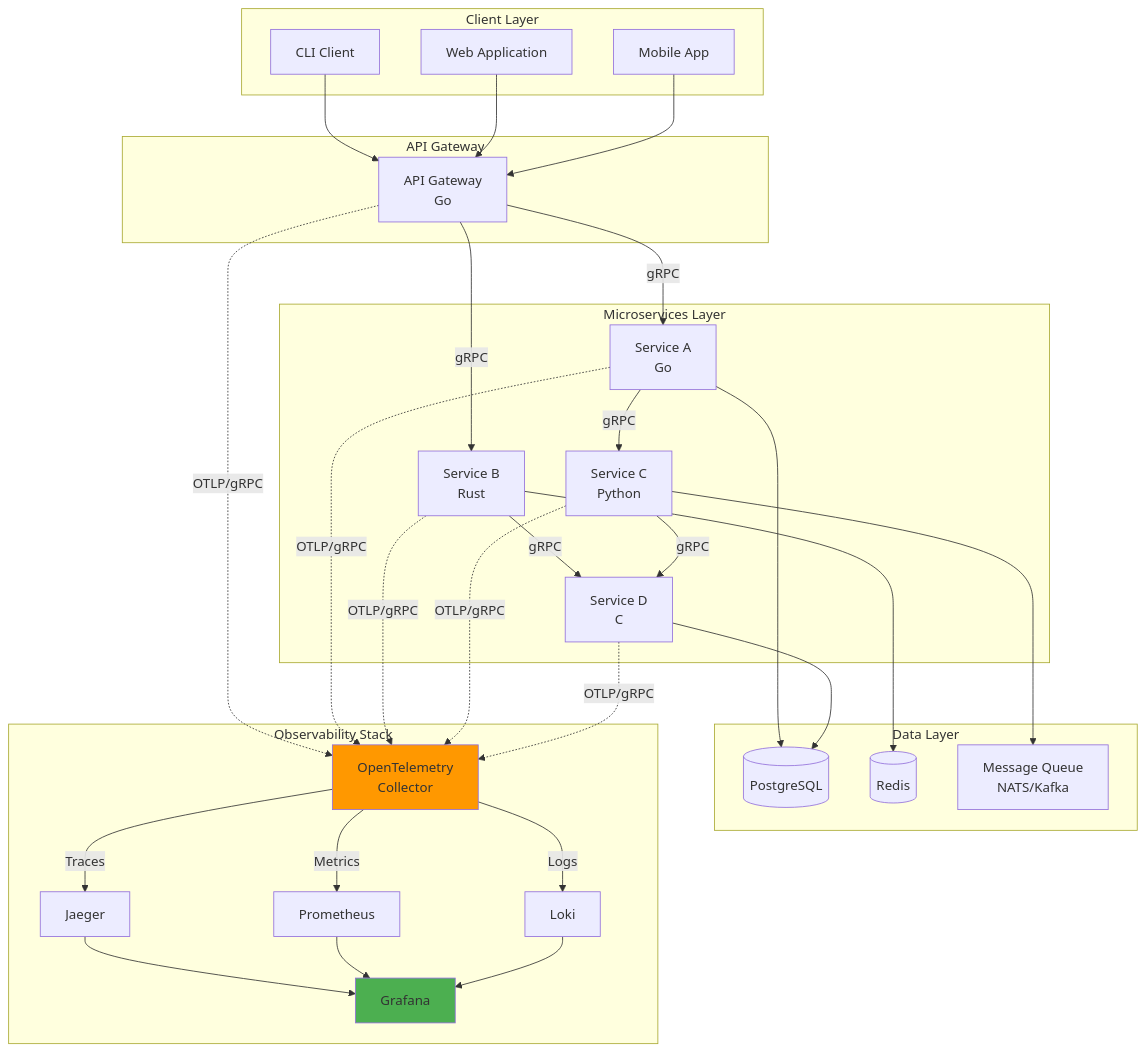
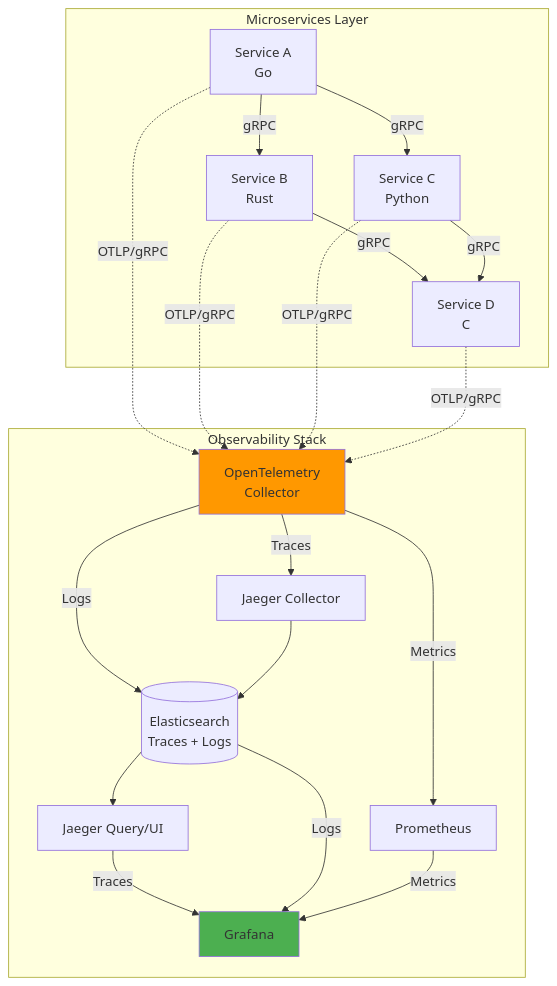
Before and after one commit to tordynnar/architecture_ideas: the first of 20 diagrams in ARCHITECTURE.md, drawn with Mermaid. The commit also changed other lines of this file, not shown here.

First line of the commit message:
Simplify architecture: consolidate on Elasticsearch for traces and logs

````diff
--- a/ARCHITECTURE.md
+++ b/ARCHITECTURE.md
@@ -45,65 +45,41 @@
 ```mermaid
 flowchart TB
-    subgraph "Client Layer"
-        CLI[CLI Client]
-        WEB[Web Application]
-        MOB[Mobile App]
-    end
-
-    subgraph "API Gateway"
-        GW[API Gateway<br/>Go]
-    end
-
     subgraph "Microservices Layer"
         SVC_A[Service A<br/>Go]
         SVC_B[Service B<br/>Rust]
         SVC_C[Service C<br/>Python]
         SVC_D[Service D<br/>C]
     end
 
-    subgraph "Data Layer"
-        DB1[(PostgreSQL)]
-        DB2[(Redis)]
-        MQ[Message Queue<br/>NATS/Kafka]
-    end
-
     subgraph "Observability Stack"
         OTEL[OpenTelemetry<br/>Collector]
-        JAEGER[Jaeger]
+        JAEGER_COL[Jaeger Collector]
+        JAEGER_Q[Jaeger Query/UI]
         PROM[Prometheus]
-        LOKI[Loki]
+        ES[(Elasticsearch<br/>Traces + Logs)]
         GRAFANA[Grafana]
     end
 
-    CLI --> GW
-    WEB --> GW
-    MOB --> GW
-
-    GW -->|gRPC| SVC_A
-    GW -->|gRPC| SVC_B
+    SVC_A -->|gRPC| SVC_B
     SVC_A -->|gRPC| SVC_C
     SVC_B -->|gRPC| SVC_D
     SVC_C -->|gRPC| SVC_D
 
-    SVC_A --> DB1
-    SVC_B --> DB2
-    SVC_C --> MQ
-    SVC_D --> DB1
-
-    GW -.->|OTLP/gRPC| OTEL
     SVC_A -.->|OTLP/gRPC| OTEL
     SVC_B -.->|OTLP/gRPC| OTEL
     SVC_C -.->|OTLP/gRPC| OTEL
     SVC_D -.->|OTLP/gRPC| OTEL
 
-    OTEL -->|Traces| JAEGER
+    OTEL -->|Traces| JAEGER_COL
     OTEL -->|Metrics| PROM
-    OTEL -->|Logs| LOKI
+    OTEL -->|Logs| ES
+    JAEGER_COL --> ES
+    ES --> JAEGER_Q
 
-    JAEGER --> GRAFANA
-    PROM --> GRAFANA
-    LOKI --> GRAFANA
+    JAEGER_Q -->|Traces| GRAFANA
+    ES -->|Logs| GRAFANA
+    PROM -->|Metrics| GRAFANA
 
     style OTEL fill:#ff9800
     style GRAFANA fill:#4caf50
 ```
````
